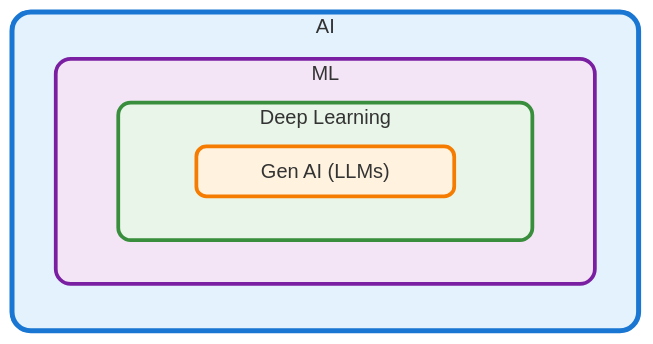
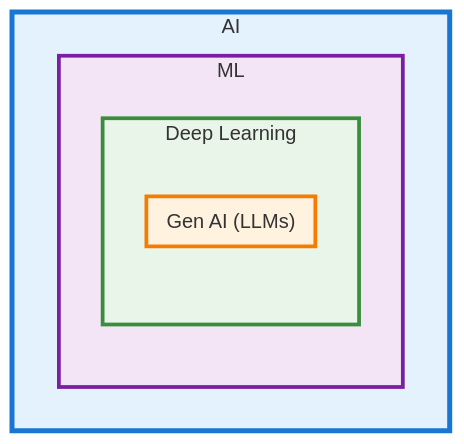
The diagram in 010-overview-of-ai-and-ml.md (skolaric/book-ai-and-machine-learning-a-quick-start-guide), drawn with Mermaid before and after one commit.

````diff
--- a/010-overview-of-ai-and-ml.md
+++ b/010-overview-of-ai-and-ml.md
@@ -4,24 +4,22 @@
 ```mermaid
-
-graph LR
-    subgraph AI ["&nbsp;&nbsp;&nbsp;&nbsp;&nbsp;&nbsp;&nbsp;&nbsp;&nbsp;&nbsp;&nbsp;&nbsp;&nbsp;&nbsp;&nbsp;&nbsp;&nbsp;&nbsp;&nbsp;&nbsp;&nbsp;&nbsp;&nbsp;&nbsp;&nbsp;&nbsp;&nbsp;&nbsp;&nbsp;&nbsp;&nbsp;&nbsp;&nbsp;&nbsp;&nbsp;&nbsp;&nbsp;&nbsp;&nbsp;&nbsp;AI&nbsp;&nbsp;&nbsp;&nbsp;&nbsp;&nbsp;&nbsp;&nbsp;&nbsp;&nbsp;&nbsp;&nbsp;&nbsp;&nbsp;&nbsp;&nbsp;&nbsp;&nbsp;&nbsp;&nbsp;&nbsp;&nbsp;&nbsp;&nbsp;&nbsp;&nbsp;&nbsp;&nbsp;&nbsp;&nbsp;&nbsp;&nbsp;&nbsp;&nbsp;&nbsp;&nbsp;&nbsp;&nbsp;&nbsp;&nbsp;"]
-        subgraph ML ["&nbsp;&nbsp;&nbsp;&nbsp;&nbsp;&nbsp;&nbsp;&nbsp;&nbsp;&nbsp;&nbsp;&nbsp;&nbsp;&nbsp;&nbsp;&nbsp;&nbsp;&nbsp;&nbsp;&nbsp;&nbsp;&nbsp;&nbsp;&nbsp;&nbsp;&nbsp;&nbsp;&nbsp;&nbsp;&nbsp;ML&nbsp;&nbsp;&nbsp;&nbsp;&nbsp;&nbsp;&nbsp;&nbsp;&nbsp;&nbsp;&nbsp;&nbsp;&nbsp;&nbsp;&nbsp;&nbsp;&nbsp;&nbsp;&nbsp;&nbsp;&nbsp;&nbsp;&nbsp;&nbsp;&nbsp;&nbsp;&nbsp;&nbsp;&nbsp;&nbsp;"]
-            subgraph DL ["&nbsp;&nbsp;&nbsp;&nbsp;&nbsp;&nbsp;&nbsp;&nbsp;&nbsp;&nbsp;&nbsp;&nbsp;&nbsp;&nbsp;&nbsp;&nbsp;&nbsp;&nbsp;Deep Learning&nbsp;&nbsp;&nbsp;&nbsp;&nbsp;&nbsp;&nbsp;&nbsp;&nbsp;&nbsp;&nbsp;&nbsp;&nbsp;&nbsp;&nbsp;&nbsp;&nbsp;&nbsp;"]
-                subgraph GenAI ["&nbsp;&nbsp;&nbsp;&nbsp;&nbsp;&nbsp;&nbsp;&nbsp;Gen AI (LLMs)&nbsp;&nbsp;&nbsp;&nbsp;&nbsp;&nbsp;&nbsp;&nbsp;"]
+graph TB
+    subgraph AI ["AI"]
+        subgraph ML ["ML"]
+            subgraph DL ["Deep Learning"]
+                subgraph GenAI ["Gen AI (LLMs)"]
                 end
             end
         end
     end
     
     %% Styling
-    classDef level1 fill:#e3f2fd,stroke:#1976d2,stroke-width:4px,rx:15,ry:15
-    classDef level2 fill:#f3e5f5,stroke:#7b1fa2,stroke-width:3px,rx:12,ry:12
-    classDef level3 fill:#e8f5e8,stroke:#388e3c,stroke-width:3px,rx:10,ry:10
-    classDef level4 fill:#fff3e0,stroke:#f57c00,stroke-width:3px,rx:8,ry:8
+    classDef level1 fill:#e3f2fd,stroke:#1976d2,stroke-width:4px
+    classDef level2 fill:#f3e5f5,stroke:#7b1fa2,stroke-width:3px
+    classDef level3 fill:#e8f5e8,stroke:#388e3c,stroke-width:3px
+    classDef level4 fill:#fff3e0,stroke:#f57c00,stroke-width:3px
     
     class AI level1
     class ML level2
     class DL level3
     class GenAI level4
-
 ```
````
